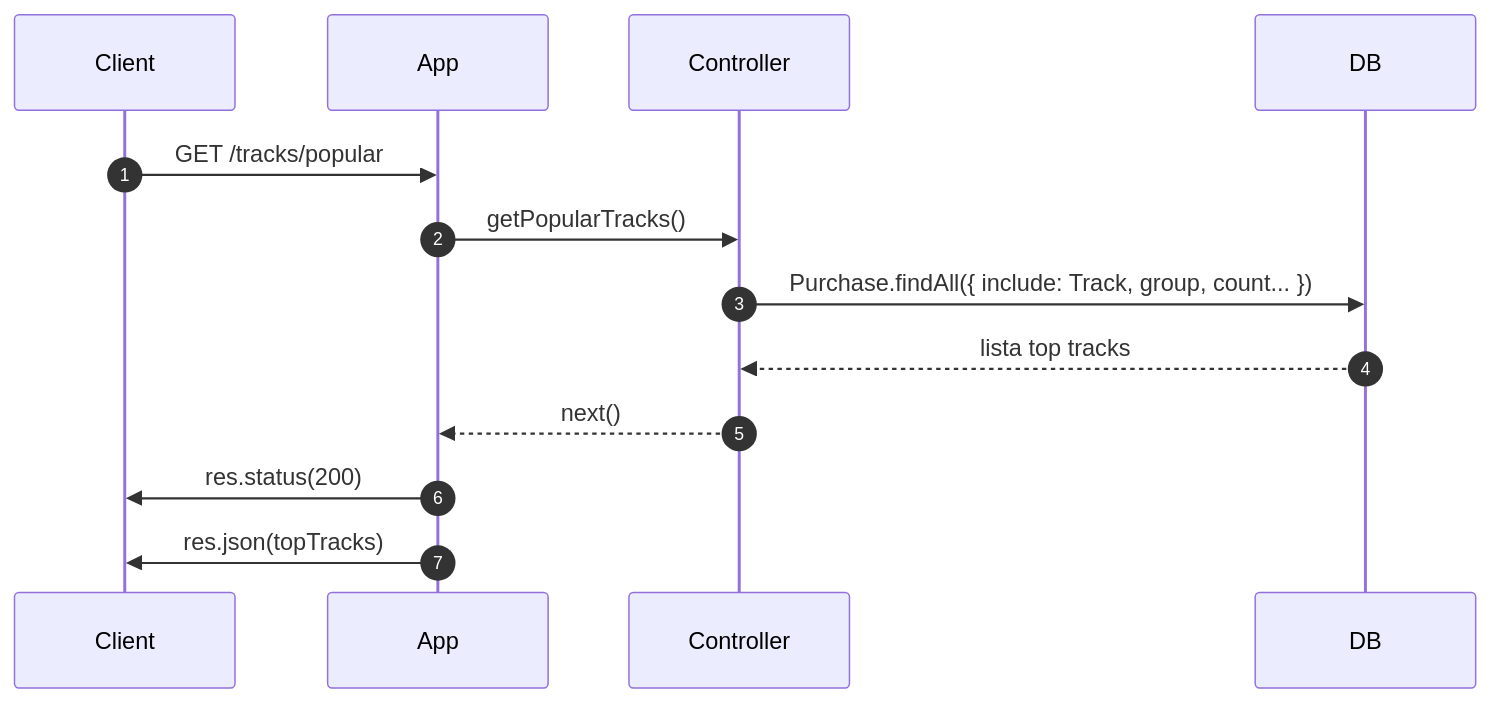
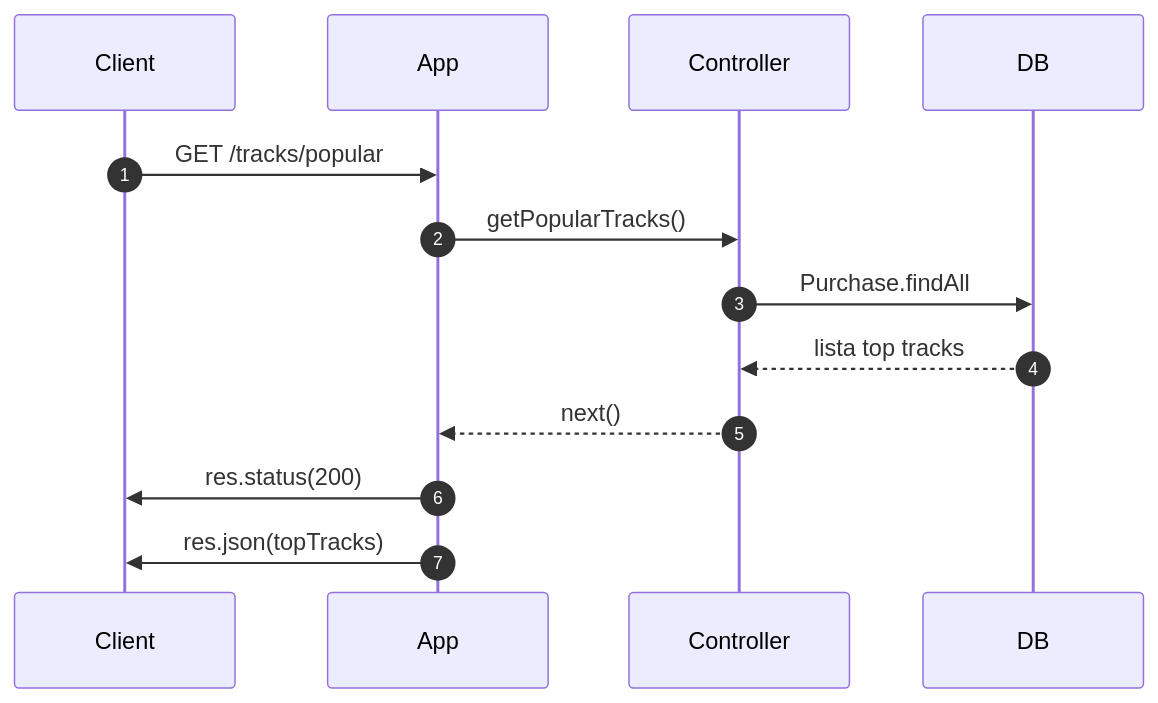
One commit to Daniel-Diocis/VoidTracksWeb changed the fifth of 18 diagrams in README.md. Above: the diagram before and after it, drawn with Mermaid. The commit also changed other lines of this file, not shown here.

````diff
--- a/README.md
+++ b/README.md
@@ -471,17 +471,17 @@
 ```mermaid
 sequenceDiagram
   autonumber
   participant Client
   participant App
   participant Controller
   participant DB
 
   Client->>App: GET /tracks/popular
   App->>Controller: getPopularTracks()
-  Controller->>DB: Purchase.findAll({ include: Track, group, count... })
+  Controller->>DB: Purchase.findAll
   DB-->>Controller: lista top tracks
   Controller-->>App: next()
 
   App->>Client: res.status(200)
   App->>Client: res.json(topTracks)
 ```
````
